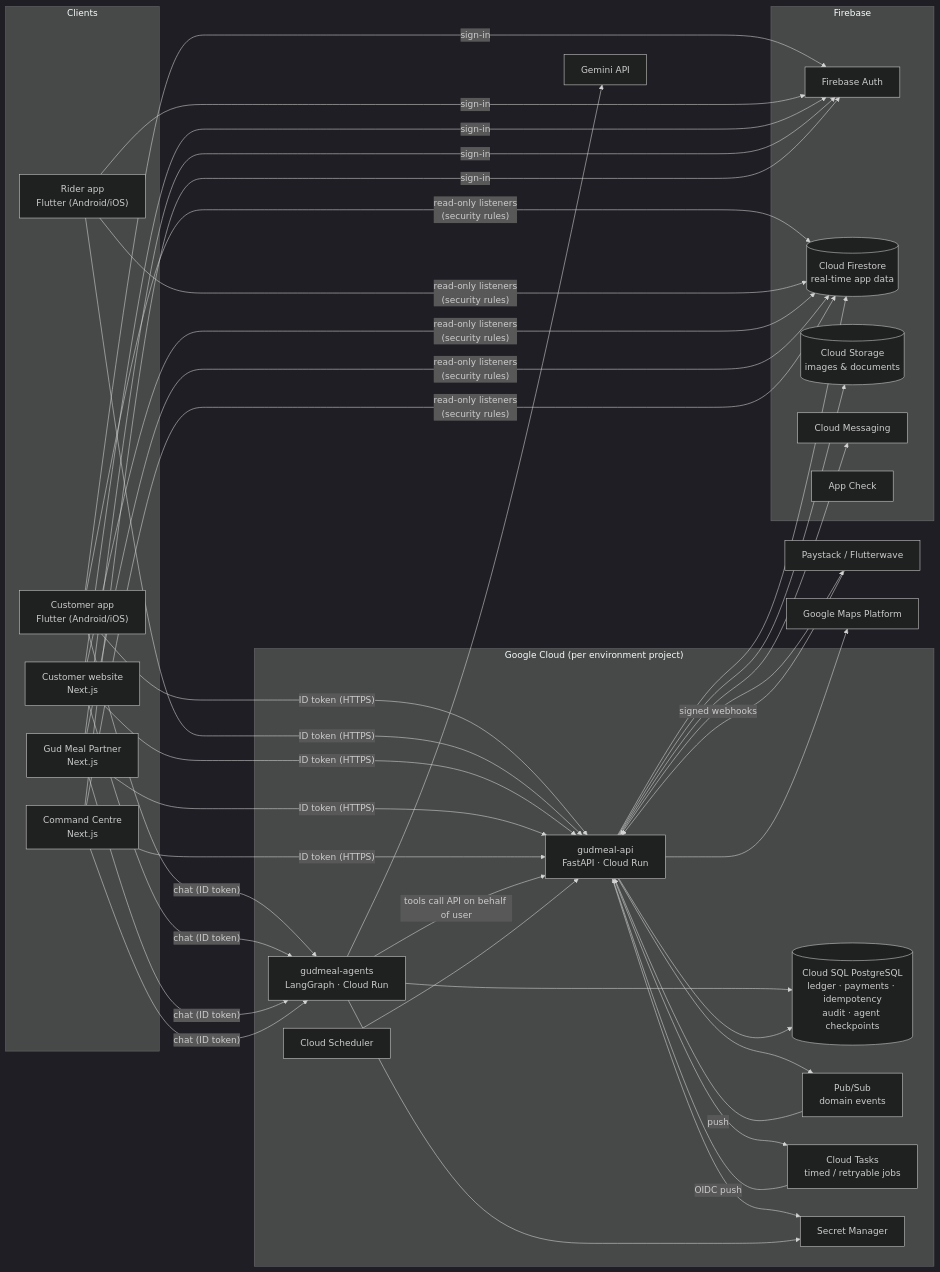
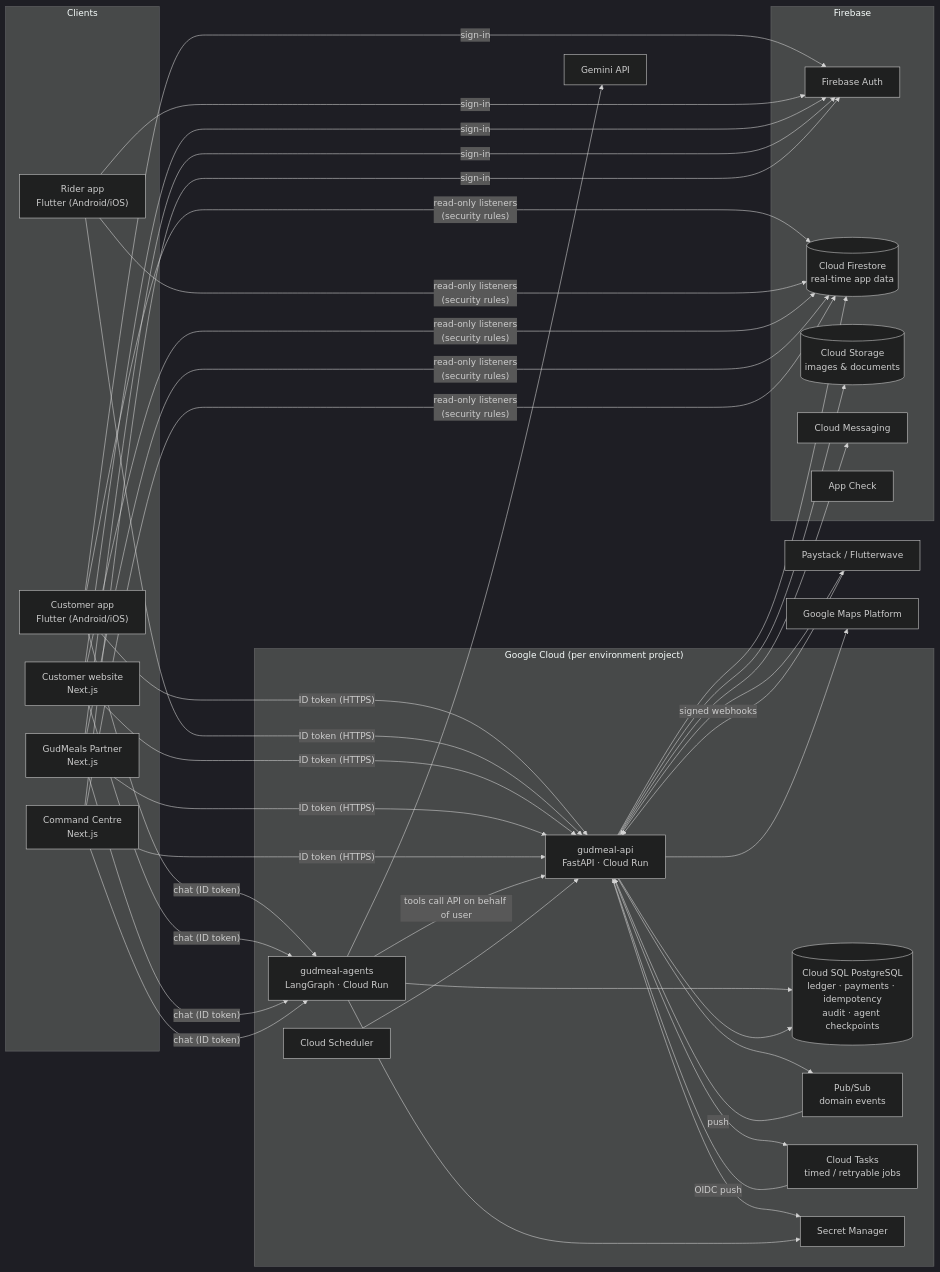
One commit to Hubert24hrs/Gud_Meal changed the first of 2 diagrams in docs/architecture/overview.md. Above: the diagram before and after it, drawn with Mermaid (dark theme). The commit also changed other lines of this file and 327 other files, not shown here.

First line of the commit message:
GudMeals: the owner's logo, the new name and the logo's colours everywhere

````diff
--- a/docs/architecture/overview.md
+++ b/docs/architecture/overview.md
@@ -11,48 +11,48 @@
 ```mermaid
 flowchart LR
   subgraph Clients
     CA["Customer app<br/>Flutter (Android/iOS)"]
     RA["Rider app<br/>Flutter (Android/iOS)"]
     WEB["Customer website<br/>Next.js"]
-    PARTNER["Gud Meal Partner<br/>Next.js"]
+    PARTNER["GudMeals Partner<br/>Next.js"]
     ADMIN["Command Centre<br/>Next.js"]
   end
 
   subgraph Firebase
     AUTH["Firebase Auth"]
     FS[("Cloud Firestore<br/>real-time app data")]
     STG[("Cloud Storage<br/>images & documents")]
     FCM["Cloud Messaging"]
     AC["App Check"]
   end
 
   subgraph GCP["Google Cloud (per environment project)"]
     API["gudmeal-api<br/>FastAPI · Cloud Run"]
     AGENTS["gudmeal-agents<br/>LangGraph · Cloud Run"]
     SQL[("Cloud SQL PostgreSQL<br/>ledger · payments · idempotency<br/>audit · agent checkpoints")]
     PS["Pub/Sub<br/>domain events"]
     CT["Cloud Tasks<br/>timed / retryable jobs"]
     SCH["Cloud Scheduler"]
     SM["Secret Manager"]
   end
 
   GEM["Gemini API"]
   PAY["Paystack / Flutterwave"]
   MAPS["Google Maps Platform"]
 
   CA & RA & WEB & PARTNER & ADMIN -- "sign-in" --> AUTH
   CA & RA & WEB & PARTNER & ADMIN -- "ID token (HTTPS)" --> API
   CA & WEB & PARTNER & ADMIN -- "chat (ID token)" --> AGENTS
   CA & RA & WEB & PARTNER & ADMIN -- "read-only listeners<br/>(security rules)" --> FS
   AGENTS -- "tools call API on behalf of user" --> API
   AGENTS --> GEM
   AGENTS --> SQL
   API --> FS & SQL & STG & FCM & PS & CT
   PS -- "push" --> API
   CT -- "OIDC push" --> API
   SCH --> API
   API <--> PAY
   PAY -- "signed webhooks" --> API
   API --> MAPS
   API & AGENTS --> SM
 ```
````
